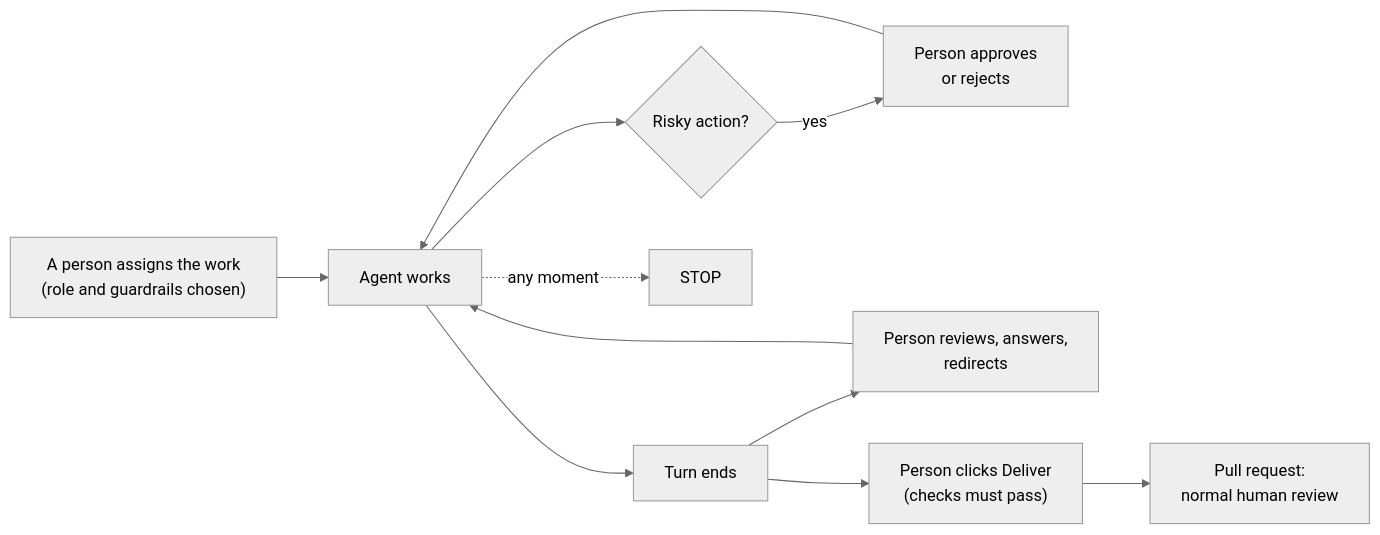
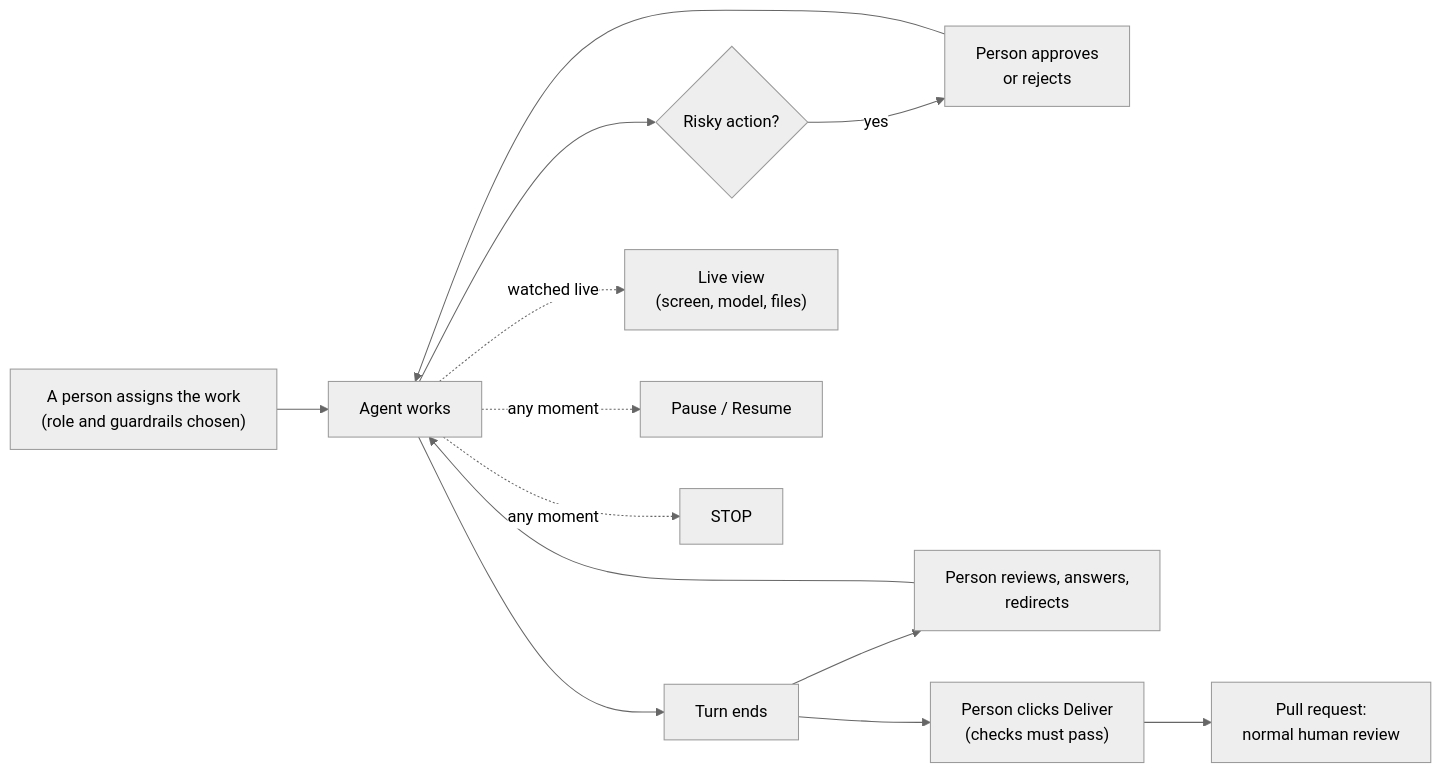
One commit to Jaelse/agentcore changed the diagram in docs/EU_AI_ACT.md. Above: the diagram before and after it, drawn with Mermaid (neutral theme). The commit also changed other lines of this file and 6 other files, not shown here.

First line of the commit message:
Document the live view, pausing and terminal recordings

````diff
--- a/docs/EU_AI_ACT.md
+++ b/docs/EU_AI_ACT.md
@@ -43,10 +43,12 @@
 ```mermaid
 flowchart LR
     S["A person assigns the work<br/>(role and guardrails chosen)"] --> W["Agent works"]
     W --> A{"Risky action?"}
     A -- "yes" --> H1["Person approves<br/>or rejects"] --> W
     W --> T["Turn ends"]
     T --> H2["Person reviews, answers,<br/>redirects"] --> W
     T --> H3["Person clicks Deliver<br/>(checks must pass)"] --> PR["Pull request:<br/>normal human review"]
+    W -. "watched live" .-> LV["Live view<br/>(screen, model, files)"]
+    W -. "any moment" .-> P["Pause / Resume"]
     W -. "any moment" .-> STOP["STOP"]
 ```
````
